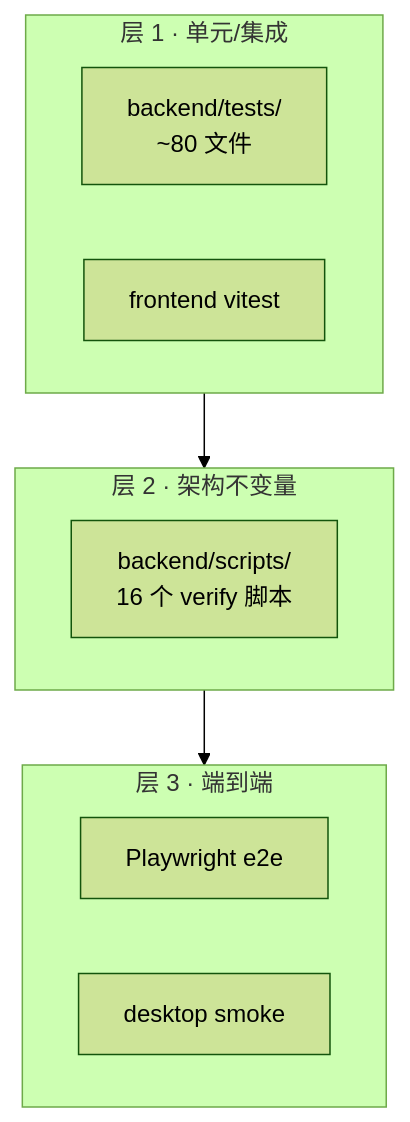
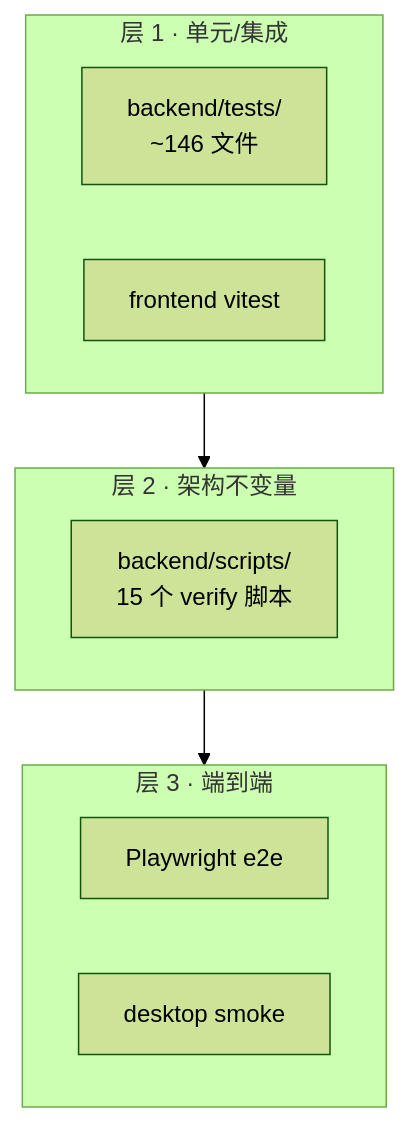
One commit to yyyyyyyy/personal-ai-runtime changed the diagram in docs/05-engineering/testing.md. Above: the diagram before and after it, drawn with Mermaid (forest theme). The commit also changed other lines of this file and 3 other files, not shown here.

````diff
--- a/docs/05-engineering/testing.md
+++ b/docs/05-engineering/testing.md
@@ -7,18 +7,18 @@
 ```mermaid
 flowchart TB
     subgraph L1[层 1 · 单元/集成]
-        Pytest[backend/tests/<br/>~80 文件]
+        Pytest[backend/tests/<br/>~146 文件]
         FE[frontend vitest]
     end
 
     subgraph L2[层 2 · 架构不变量]
-        Scripts[backend/scripts/<br/>16 个 verify 脚本]
+        Scripts[backend/scripts/<br/>15 个 verify 脚本]
     end
 
     subgraph L3[层 3 · 端到端]
         E2E[Playwright e2e]
         Desktop[desktop smoke]
     end
 
     L1 --> L2 --> L3
 ```
````
